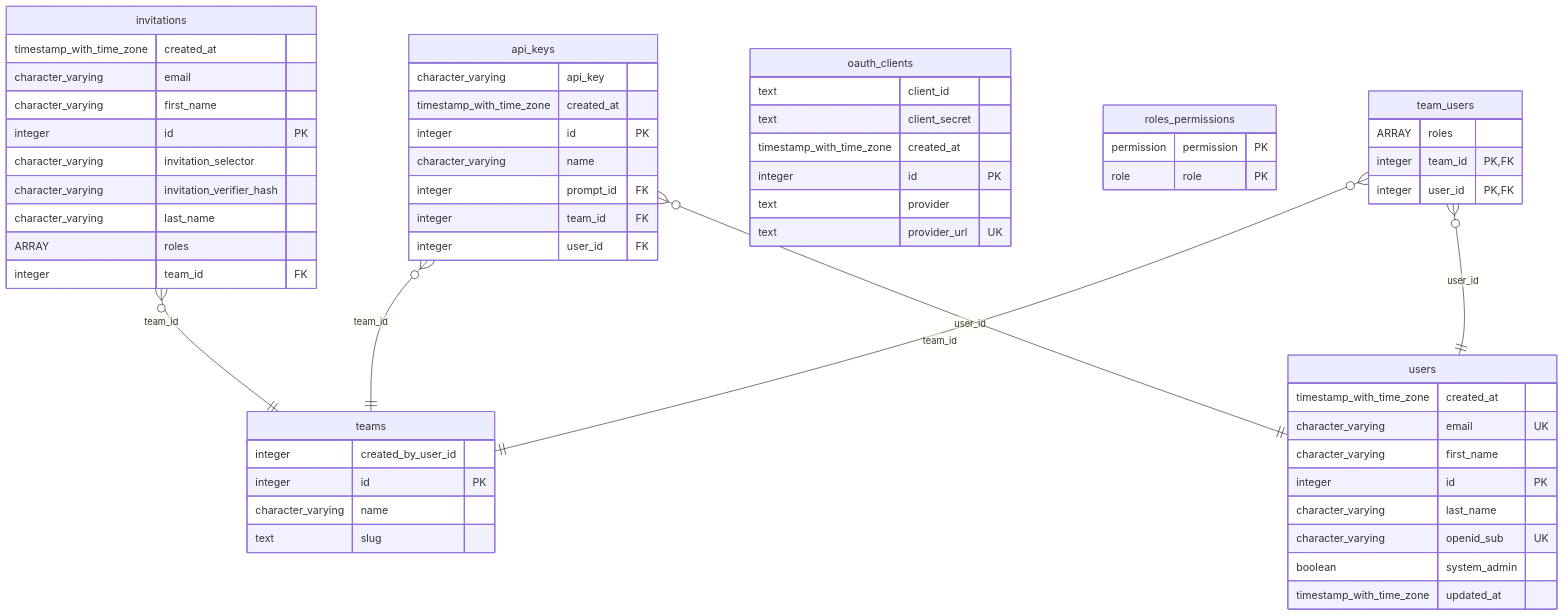
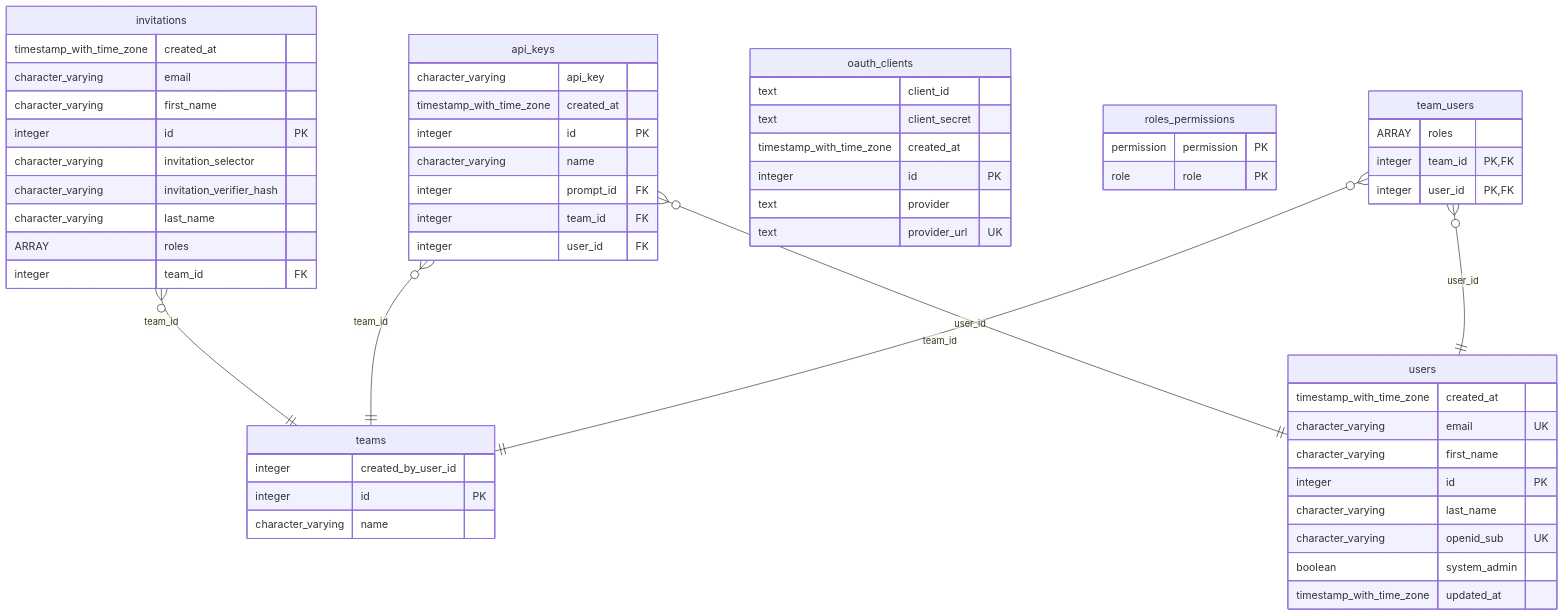
The first of 10 diagrams in crates/db/README.md (bionic-gpt/bionic-gpt), drawn with Mermaid before and after one commit. The commit also changed other lines of this file and 27 other files, not shown here.

````diff
--- a/crates/db/README.md
+++ b/crates/db/README.md
@@ -18,68 +18,67 @@
 ```mermaid
 erDiagram
     api_keys {
         character_varying api_key 
         timestamp_with_time_zone created_at 
         integer id PK 
         character_varying name 
         integer prompt_id FK 
         integer team_id FK 
         integer user_id FK 
     }
 
     invitations {
         timestamp_with_time_zone created_at 
         character_varying email 
         character_varying first_name 
         integer id PK 
         character_varying invitation_selector 
         character_varying invitation_verifier_hash 
         character_varying last_name 
         ARRAY roles 
         integer team_id FK 
     }
 
     oauth_clients {
         text client_id 
         text client_secret 
         timestamp_with_time_zone created_at 
         integer id PK 
         text provider 
         text provider_url UK 
     }
 
     roles_permissions {
         permission permission PK 
         role role PK 
     }
 
     team_users {
         ARRAY roles 
         integer team_id PK,FK 
         integer user_id PK,FK 
     }
 
     teams {
         integer created_by_user_id 
         integer id PK 
         character_varying name 
-        text slug 
     }
 
     users {
         timestamp_with_time_zone created_at 
         character_varying email UK 
         character_varying first_name 
         integer id PK 
         character_varying last_name 
         character_varying openid_sub UK 
         boolean system_admin 
         timestamp_with_time_zone updated_at 
     }
 
     api_keys }o--|| teams : "team_id"
     api_keys }o--|| users : "user_id"
     invitations }o--|| teams : "team_id"
     team_users }o--|| teams : "team_id"
     team_users }o--|| users : "user_id"
 ```
````
